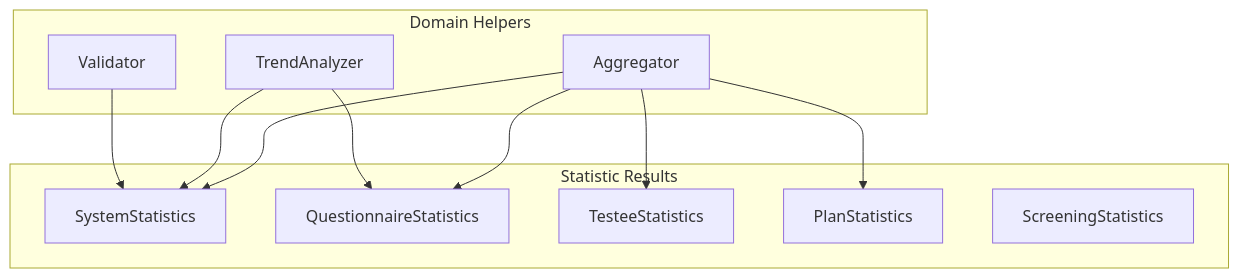
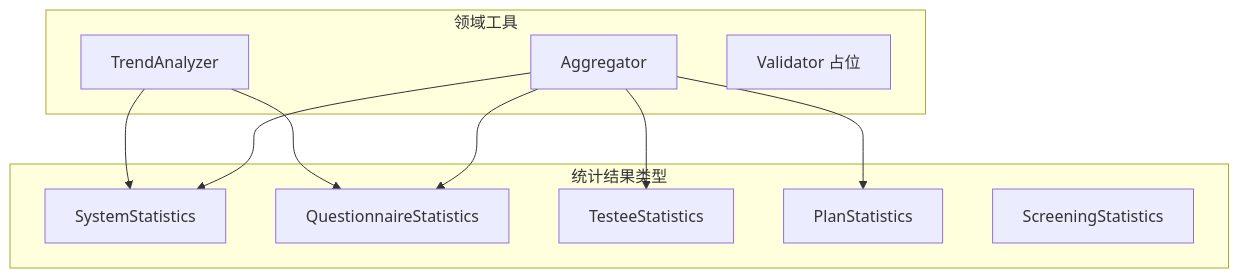
Before and after one commit to FangcunMount/qs-server: the third of 5 diagrams in docs/02-业务模块/06-statistics.md, drawn with Mermaid. The commit also changed other lines of this file and 34 other files, not shown here.

````diff
--- a/docs/02-业务模块/06-statistics.md
+++ b/docs/02-业务模块/06-statistics.md
@@ -95,24 +162,23 @@
 ```mermaid
-flowchart TD
-    subgraph resultModels[Statistic Results]
-        system[SystemStatistics]
-        questionnaire[QuestionnaireStatistics]
-        testee[TesteeStatistics]
-        plan[PlanStatistics]
-        screening[ScreeningStatistics]
+flowchart TB
+    subgraph RESULT[统计结果类型]
+        SYS[SystemStatistics]
+        Q[QuestionnaireStatistics]
+        T[TesteeStatistics]
+        P[PlanStatistics]
+        SCR[ScreeningStatistics]
     end
 
-    subgraph helpers[Domain Helpers]
-        aggregator[Aggregator]
-        trend[TrendAnalyzer]
-        validator[Validator]
+    subgraph HELP[领域工具]
+        AGG[Aggregator]
+        TR[TrendAnalyzer]
+        VAL[Validator 占位]
     end
 
-    aggregator --> system
-    aggregator --> questionnaire
-    aggregator --> testee
-    aggregator --> plan
-    trend --> system
-    trend --> questionnaire
-    validator --> system
+    AGG --> SYS
+    AGG --> Q
+    AGG --> T
+    AGG --> P
+    TR --> SYS
+    TR --> Q
 ```
````
